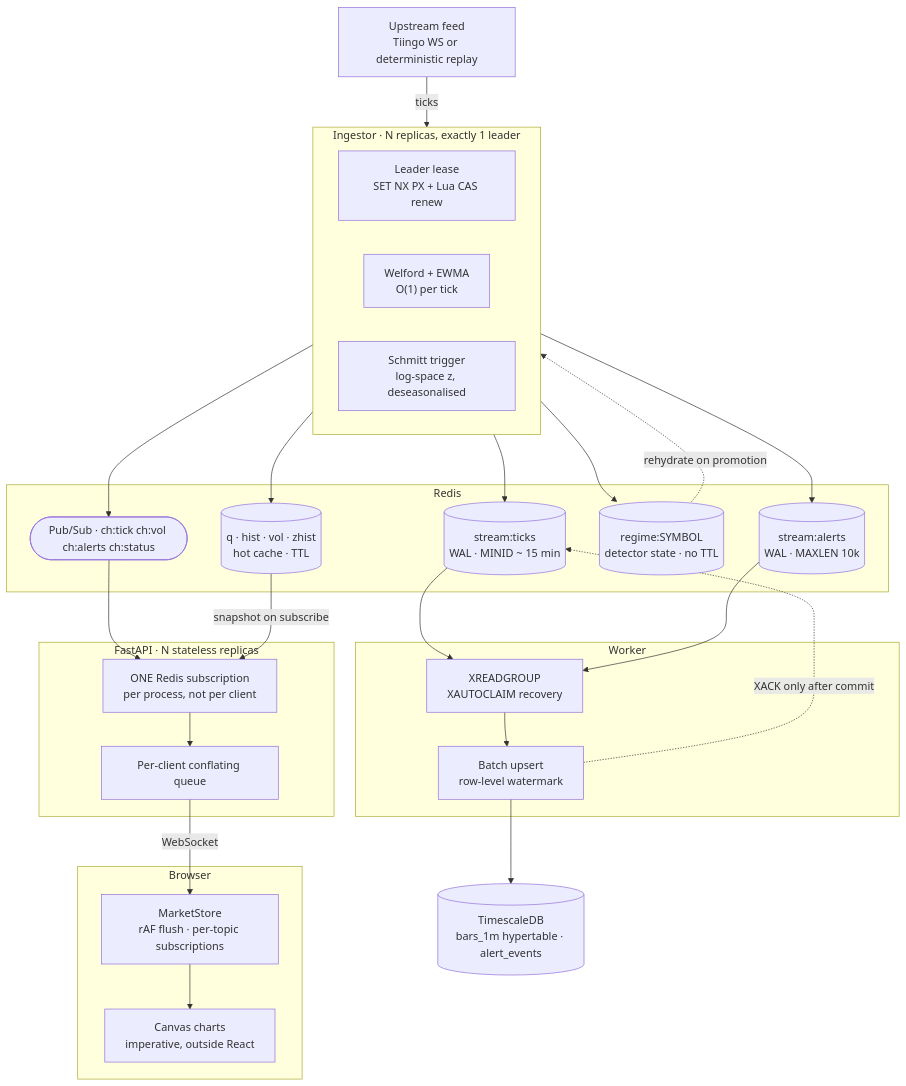
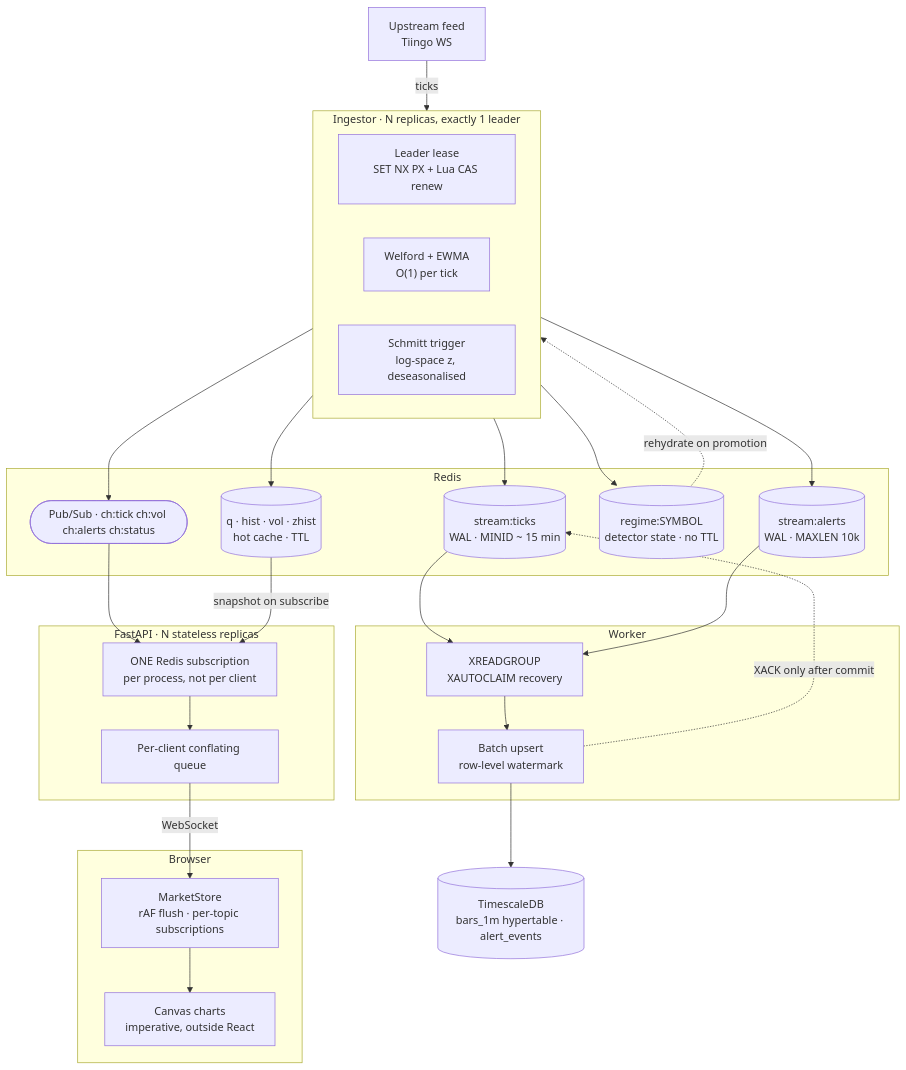
The diagram in README.md (VaibhavYDev/live-forex-volatility-tracker), drawn with Mermaid before and after one commit. The commit also changed other lines of this file and 53 other files, not shown here.

````diff
--- a/README.md
+++ b/README.md
@@ -153,54 +148,54 @@
 ```mermaid
 flowchart TB
-    P["Upstream feed<br/>Tiingo WS or deterministic replay"]
+    P["Upstream feed<br/>Tiingo WS"]
 
     subgraph ING["Ingestor · N replicas, exactly 1 leader"]
         LEASE["Leader lease<br/>SET NX PX + Lua CAS renew"]
         MATH["Welford + EWMA<br/>O(1) per tick"]
         DET["Schmitt trigger<br/>log-space z, deseasonalised"]
     end
 
     subgraph REDIS["Redis"]
         WAL[("stream:ticks<br/>WAL · MINID ~ 15 min")]
         ALERTS[("stream:alerts<br/>WAL · MAXLEN 10k")]
         CACHE[("q · hist · vol · zhist<br/>hot cache · TTL")]
         STATE[("regime:SYMBOL<br/>detector state · no TTL")]
         PS(["Pub/Sub · ch:tick ch:vol ch:alerts ch:status"])
     end
 
     subgraph WORKER["Worker"]
         CG["XREADGROUP<br/>XAUTOCLAIM recovery"]
         BATCH["Batch upsert<br/>row-level watermark"]
     end
 
     subgraph API["FastAPI · N stateless replicas"]
         ONESUB["ONE Redis subscription<br/>per process, not per client"]
         CONF["Per-client conflating queue"]
     end
 
     subgraph BROWSER["Browser"]
         STORE["MarketStore<br/>rAF flush · per-topic subscriptions"]
         PAINT["Canvas charts<br/>imperative, outside React"]
     end
 
     TS[("TimescaleDB<br/>bars_1m hypertable · alert_events")]
 
     P -->|ticks| ING
     ING --> WAL
     ING --> ALERTS
     ING --> CACHE
     ING --> STATE
     ING --> PS
     STATE -.->|rehydrate on promotion| ING
 
     WAL --> CG
     ALERTS --> CG
     CG --> BATCH --> TS
     BATCH -.->|XACK only after commit| WAL
 
     PS --> ONESUB
     CACHE -->|snapshot on subscribe| ONESUB
     ONESUB --> CONF
     CONF -->|WebSocket| STORE
     STORE --> PAINT
 ```
````
